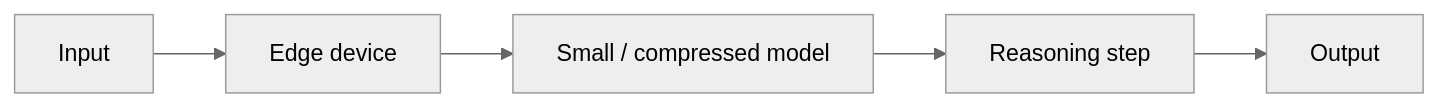
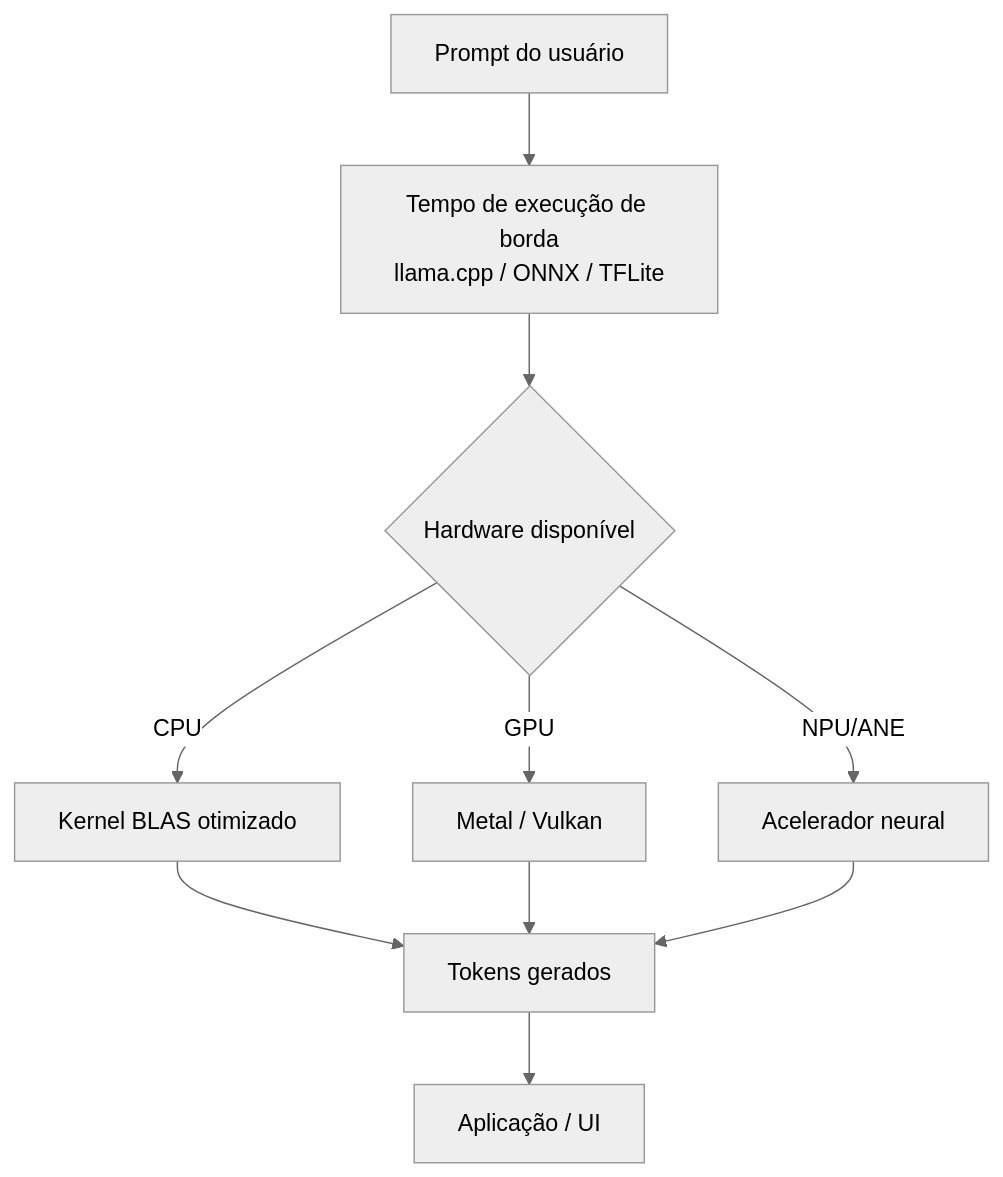
One commit to EmersonBraun/ai-summary-hub changed the diagram in i18n/pt-BR/docusaurus-plugin-content-docs/current/edge-reasoning/index.md. Above: the diagram before and after it, drawn with Mermaid (neutral theme). The commit also changed other lines of this file and 242 other files, not shown here.

````diff
--- a/i18n/pt-BR/docusaurus-plugin-content-docs/current/edge-reasoning/index.md
+++ b/i18n/pt-BR/docusaurus-plugin-content-docs/current/edge-reasoning/index.md
@@ -17,7 +33,12 @@
 ```mermaid
-flowchart LR
-  Input[Input] --> Edge[Edge device]
-  Edge --> SmallModel[Small / compressed model]
-  SmallModel --> Reason[Reasoning step]
-  Reason --> Output[Output]
+flowchart TD
+  Input[Prompt do usuário] --> Runtime[Tempo de execução de borda\nllama.cpp / ONNX / TFLite]
+  Runtime --> HW{Hardware disponível}
+  HW -->|CPU| CPU[Kernel BLAS otimizado]
+  HW -->|GPU| GPU[Metal / Vulkan]
+  HW -->|NPU/ANE| NPU[Acelerador neural]
+  CPU --> Output[Tokens gerados]
+  GPU --> Output
+  NPU --> Output
+  Output --> App[Aplicação / UI]
 ```
````
